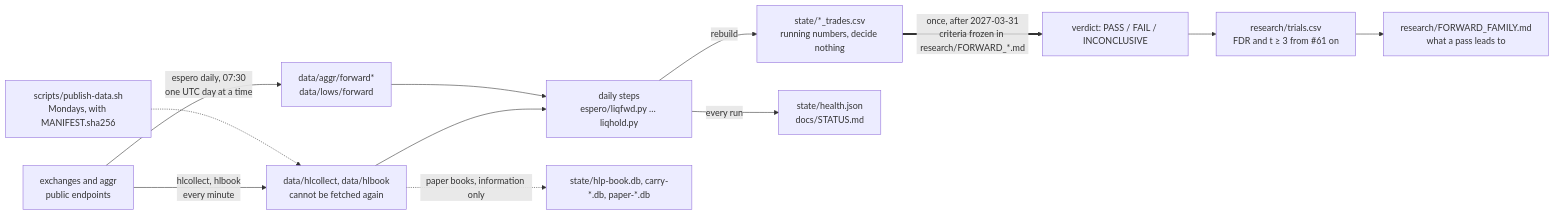
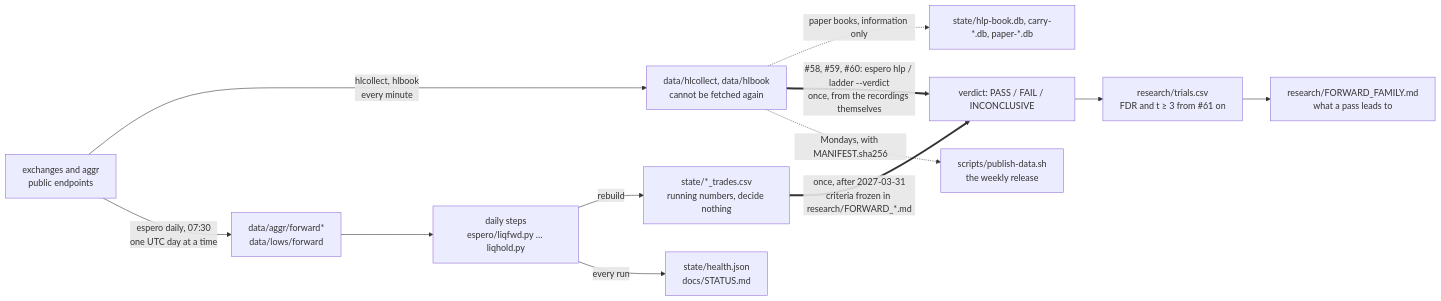
The diagram in docs/HOW_IT_WORKS.md (7rido/espero), drawn with Mermaid before and after one commit.

Commit message:
HOW_IT_WORKS: the diagram edges the previous commit described (the Edit had not applied): recordings feed the paper books, #58-#60's verdicts and the weekly release, not the daily steps

````diff
--- a/docs/HOW_IT_WORKS.md
+++ b/docs/HOW_IT_WORKS.md
@@ -8,14 +8,14 @@
 ```mermaid
 flowchart LR
     A[exchanges and aggr<br/>public endpoints] -->|hlcollect, hlbook<br/>every minute| R[data/hlcollect, data/hlbook<br/>cannot be fetched again]
     A -->|espero daily, 07:30<br/>one UTC day at a time| F[data/aggr/forward*<br/>data/lows/forward]
-    R --> S[daily steps<br/>espero/liqfwd.py … liqhold.py]
-    F --> S
+    F --> S[daily steps<br/>espero/liqfwd.py … liqhold.py]
     S -->|rebuild| L[state/*_trades.csv<br/>running numbers, decide nothing]
     S -->|every run| H[state/health.json<br/>docs/STATUS.md]
     R -.->|paper books, information only| B[state/hlp-book.db, carry-*.db, paper-*.db]
     L ==>|once, after 2027-03-31<br/>criteria frozen in research/FORWARD_*.md| V[verdict: PASS / FAIL / INCONCLUSIVE]
+    R ==>|#58, #59, #60: espero hlp / ladder --verdict<br/>once, from the recordings themselves| V
     V --> T[research/trials.csv<br/>FDR and t ≥ 3 from #61 on]
     T --> N[research/FORWARD_FAMILY.md<br/>what a pass leads to]
-    P[scripts/publish-data.sh<br/>Mondays, with MANIFEST.sha256] -.-> R
+    R -.->|Mondays, with MANIFEST.sha256| P[scripts/publish-data.sh<br/>the weekly release]
 ```
````
